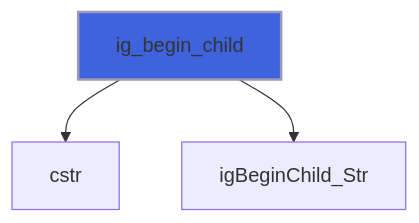
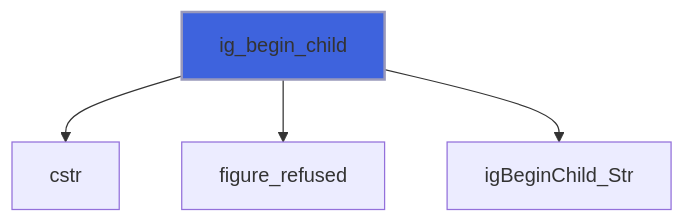
One commit to szaghi/figure changed diagram 21 of 26 in docs/api/src/lib/figure_group.md. Above: the diagram before and after it, drawn with Mermaid. The commit also changed other lines of this file and 13 other files, not shown here.

````diff
--- a/docs/api/src/lib/figure_group.md
+++ b/docs/api/src/lib/figure_group.md
@@ -493,6 +494,7 @@
 ```mermaid
 flowchart TD
   ig_begin_child["ig_begin_child"] --> cstr["cstr"]
+  ig_begin_child["ig_begin_child"] --> figure_refused["figure_refused"]
   ig_begin_child["ig_begin_child"] --> igBeginChild_Str["igBeginChild_Str"]
   style ig_begin_child fill:#3e63dd,stroke:#99b,stroke-width:2px
 ```
````
